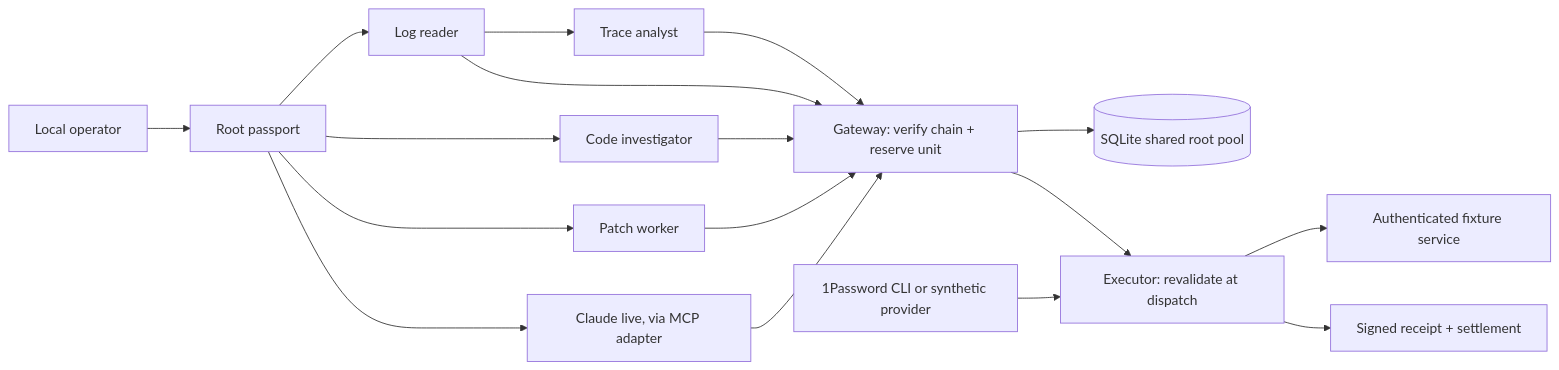
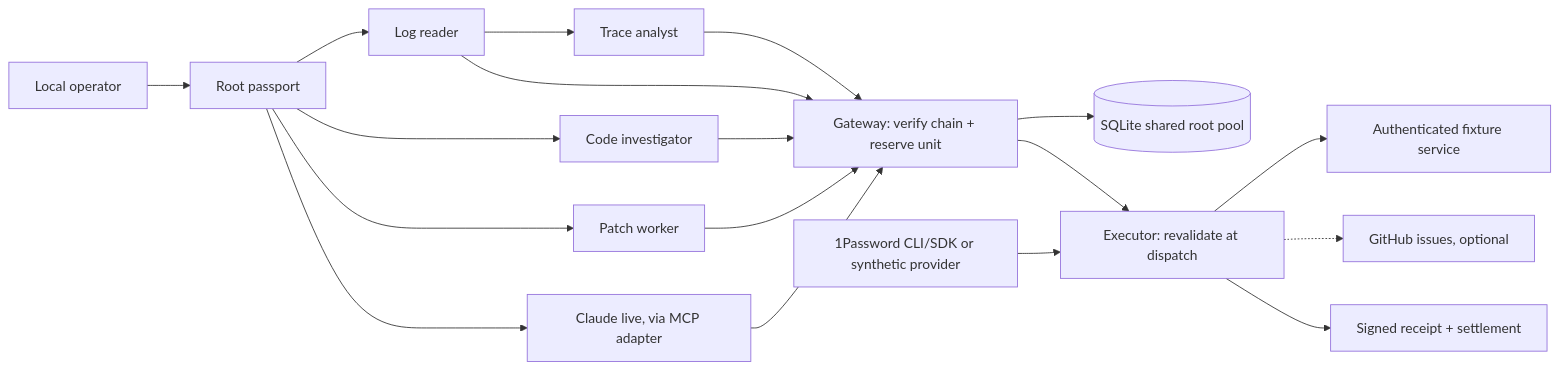
Before and after one commit to thomasafroo/Agent-Passport: the diagram in README.md, drawn with Mermaid. The commit also changed other lines of this file and 7 other files, not shown here.

````diff
--- a/README.md
+++ b/README.md
@@ -189,15 +212,16 @@
 ```mermaid
 flowchart LR
     O[Local operator] --> G[Root passport]
     G --> A[Log reader]
     G --> B[Code investigator]
     G --> C[Patch worker]
     A --> D[Trace analyst]
     G --> L[Claude live, via MCP adapter]
     A & B & C & D & L --> V[Gateway: verify chain + reserve unit]
     V --> DB[(SQLite shared root pool)]
     V --> E[Executor: revalidate at dispatch]
-    P[1Password CLI or synthetic provider] --> E
+    P[1Password CLI/SDK or synthetic provider] --> E
     E --> S[Authenticated fixture service]
+    E -.-> GH[GitHub issues, optional]
     E --> R[Signed receipt + settlement]
 ```
````
